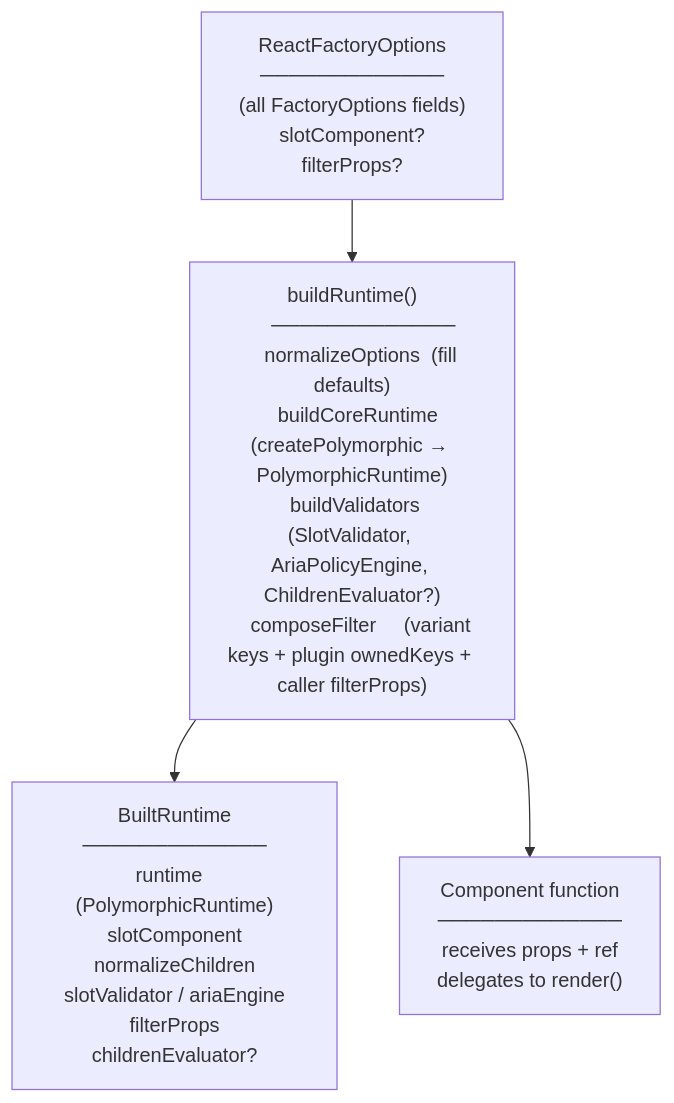
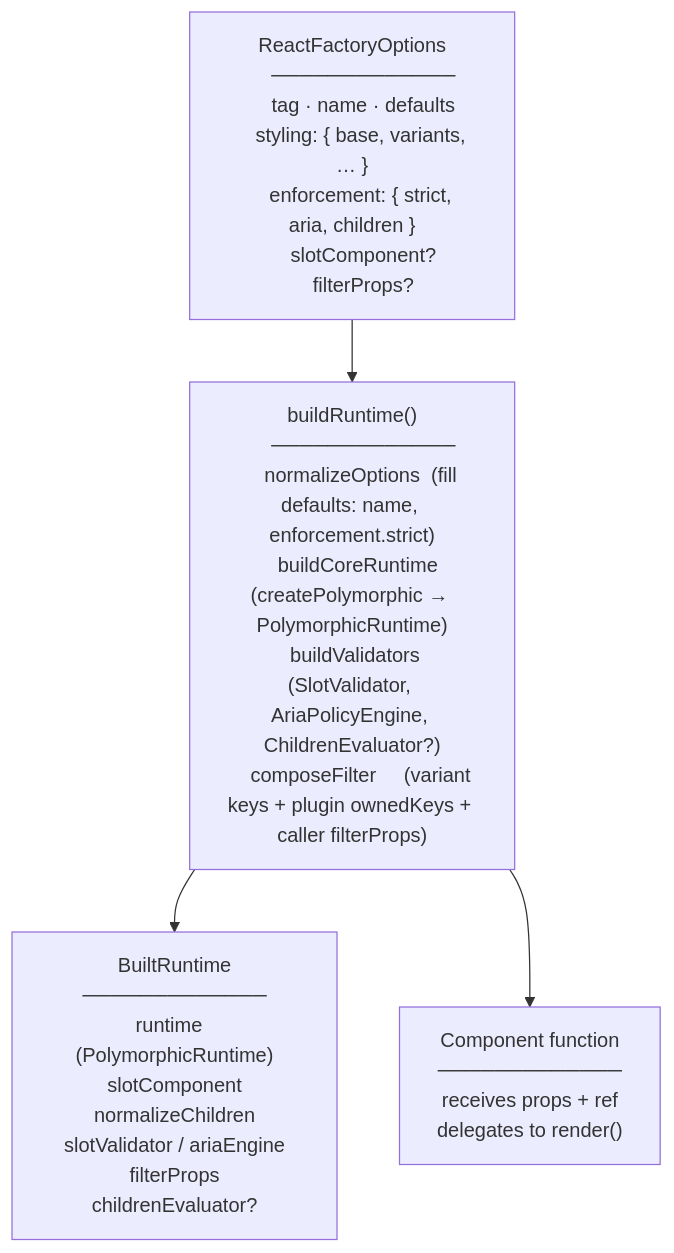
The eighth of 10 diagrams in ARCHITECTURE.md (slowebworkz/praxis-kit), drawn with Mermaid before and after one commit. The commit also changed other lines of this file and 1 other file, not shown here.

````diff
--- a/ARCHITECTURE.md
+++ b/ARCHITECTURE.md
@@ -444,32 +446,34 @@
 ```mermaid
 flowchart TD
     options["ReactFactoryOptions
     ─────────────
-    (all FactoryOptions fields)
+    tag · name · defaults
+    styling: { base, variants, … }
+    enforcement: { strict, aria, children }
     slotComponent?
     filterProps?"]
 
     buildRuntime["buildRuntime()
     ─────────────
-    normalizeOptions  (fill defaults)
+    normalizeOptions  (fill defaults: name, enforcement.strict)
     buildCoreRuntime  (createPolymorphic → PolymorphicRuntime)
     buildValidators   (SlotValidator, AriaPolicyEngine, ChildrenEvaluator?)
     composeFilter     (variant keys + plugin ownedKeys + caller filterProps)"]
 
     bundle["BuiltRuntime
 ─────────────
 runtime  (PolymorphicRuntime)
 slotComponent
 normalizeChildren
 slotValidator / ariaEngine
 filterProps
 childrenEvaluator?"]
 
     component["Component function
 ─────────────
 receives props + ref
 delegates to render()"]
 
     options --> buildRuntime --> bundle
     buildRuntime --> component
 ```
````
